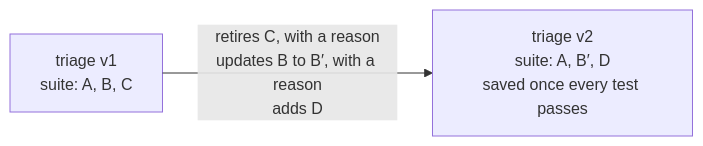
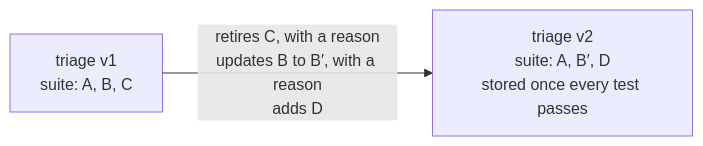
One commit to planchon/rewind.codes changed the second of 2 diagrams in docs/concepts/workflows.mdx. Above: the diagram before and after it, drawn with Mermaid. The commit also changed other lines of this file and 49 other files, not shown here.

````diff
--- a/docs/concepts/workflows.mdx
+++ b/docs/concepts/workflows.mdx
@@ -55,5 +99,5 @@
 ```mermaid
 %%{init: {'flowchart': {'defaultRenderer': 'elk'}}}%%
 flowchart LR
-  v1["triage v1<br/>suite: A, B, C"] -- "retires C, with a reason<br/>updates B to B′, with a reason<br/>adds D" --> v2["triage v2<br/>suite: A, B′, D<br/>saved once every test passes"]
+  v1["triage v1<br/>suite: A, B, C"] -- "retires C, with a reason<br/>updates B to B′, with a reason<br/>adds D" --> v2["triage v2<br/>suite: A, B′, D<br/>stored once every test passes"]
 ```
````
